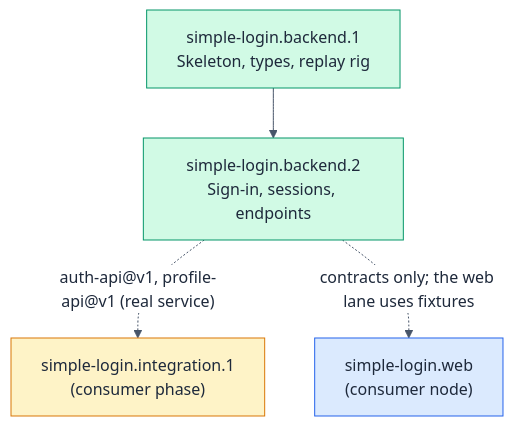
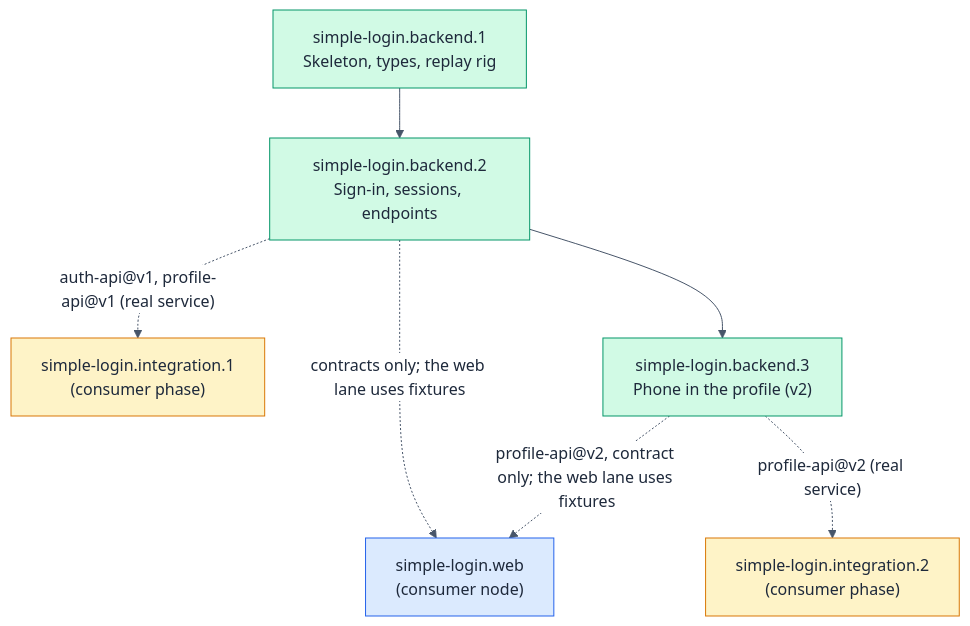
The diagram in docs/tutorial/simple-login-update/execute/hsdd/spec/simple-login.backend.md (mpurbo/hsdd), drawn with Mermaid before and after one commit. The commit also changed other lines of this file and 3 other files, not shown here.

Commit message:
docs(hsdd): append backend.3, web.4, integration.2 for update 1

````diff
--- a/docs/tutorial/simple-login-update/execute/hsdd/spec/simple-login.backend.md
+++ b/docs/tutorial/simple-login-update/execute/hsdd/spec/simple-login.backend.md
@@ -80,17 +109,24 @@
 ```mermaid
 %%{init:{'theme':'base','themeVariables':{'primaryTextColor':'#1e293b','lineColor':'#475569','edgeLabelBackground':'#ffffff','tertiaryTextColor':'#1e293b'}}}%%
 flowchart TD
     B1["simple-login.backend.1<br/>Skeleton, types, replay rig"]
     B2["simple-login.backend.2<br/>Sign-in, sessions, endpoints"]
     W["simple-login.web<br/>(consumer node)"]
     I["simple-login.integration.1<br/>(consumer phase)"]
+    B3["simple-login.backend.3<br/>Phone in the profile (v2)"]
+    I2["simple-login.integration.2<br/>(consumer phase)"]
 
     B1 --> B2
     B2 -. "auth-api@v1, profile-api@v1 (real service)" .-> I
     B2 -. "contracts only; the web lane uses fixtures" .-> W
+    B2 --> B3
+    B3 -. "profile-api@v2 (real service)" .-> I2
+    B3 -. "profile-api@v2, contract only; the web lane uses fixtures" .-> W
 
     style B1 fill:#d1fae5,stroke:#059669,color:#1e293b
     style B2 fill:#d1fae5,stroke:#059669,color:#1e293b
     style W fill:#dbeafe,stroke:#2563eb,color:#1e293b
     style I fill:#fef3c7,stroke:#d97706,color:#1e293b
+    style B3 fill:#d1fae5,stroke:#059669,color:#1e293b
+    style I2 fill:#fef3c7,stroke:#d97706,color:#1e293b
 ```
````
